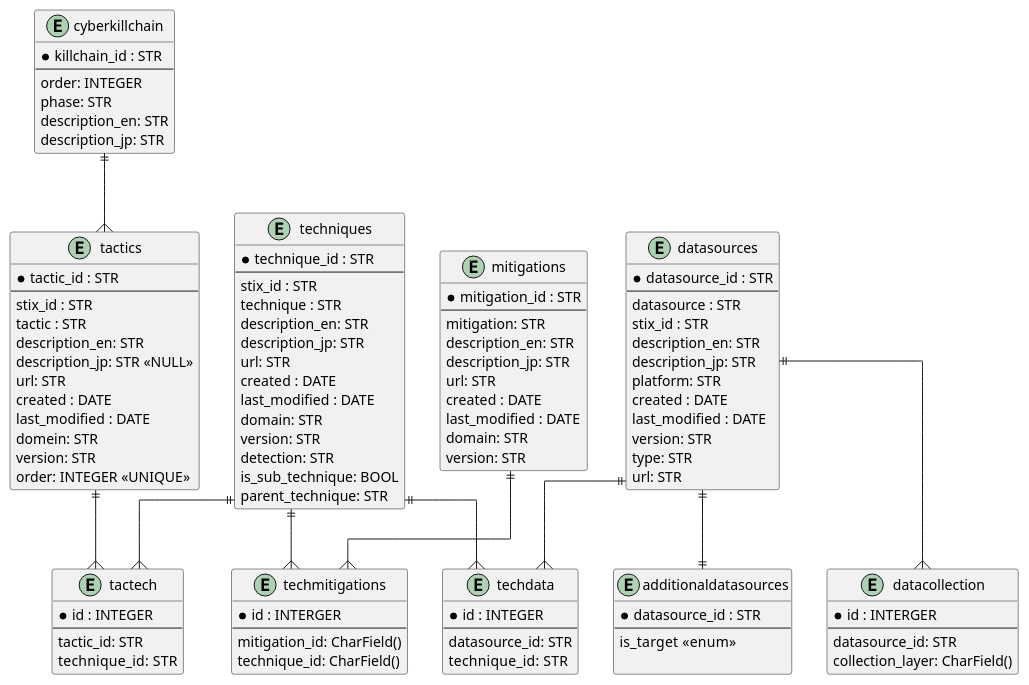
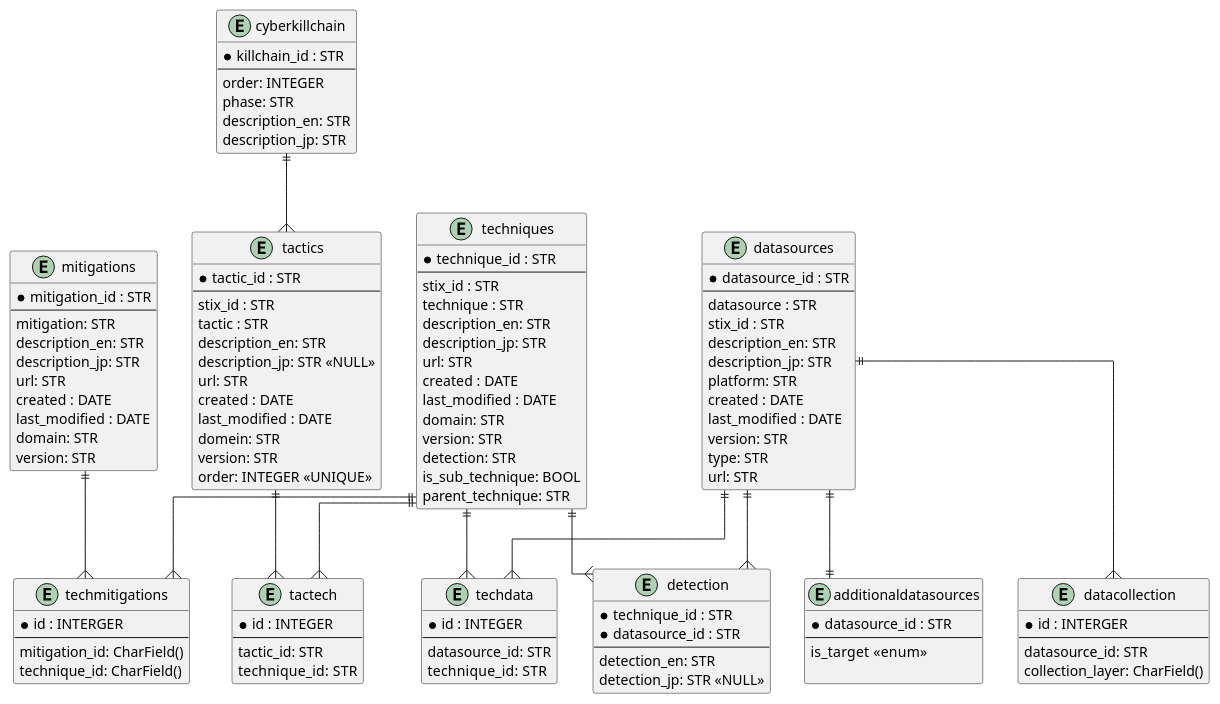
One commit to RyuichiHashimoto/attack-db changed the diagram in uml/ER.puml. Above: the diagram before and after it, drawn with PlantUML. The commit also changed 2 other files, not shown here.

```diff
--- a/uml/ER.puml
+++ b/uml/ER.puml
@@ -1,130 +1,141 @@
 @startuml
 skinparam linetype ortho
 
 entity tactics {
   * tactic_id : STR
   ---
   stix_id : STR
   tactic : STR
   description_en: STR
   description_jp: STR <<NULL>>
   url: STR
   created : DATE 
   last_modified : DATE
   domein: STR 
   version: STR
   order: INTEGER <<UNIQUE>>
 }
 
 
 entity tactech {
   * id : INTEGER
   ---
   tactic_id: STR
   technique_id:  STR
 }
 
 entity techniques {
   * technique_id : STR
   ---
   stix_id : STR
   technique : STR
   description_en: STR
   description_jp: STR
   url: STR
   created : DATE
   last_modified : DATE
   domain: STR
   version: STR
   detection: STR
   is_sub_technique: BOOL
   parent_technique: STR
 }
 
 entity techdata {
   * id : INTEGER
   ---
   datasource_id: STR
   technique_id:  STR
 }
 
 entity datasources {
   * datasource_id : STR
   ---
   datasource : STR
   stix_id : STR
   description_en: STR
   description_jp: STR
   platform: STR
   created : DATE
   last_modified : DATE
   version: STR
   type: STR
   url: STR
 }
 
 entity additionaldatasources {
   * datasource_id : STR
   ---
   ' # 0 使用しない、１　使用するかも　２　使用する。
   is_target  <<enum>> 
   
 }
 
 entity cyberkillchain {
   * killchain_id : STR
   ---
   order: INTEGER
   phase: STR
   description_en: STR
   description_jp: STR
 }
 
 
 entity mitigations {
   * mitigation_id : STR
   ---
   mitigation: STR
   description_en: STR
   description_jp: STR
   url: STR
   created : DATE
   last_modified : DATE
   domain: STR
   version: STR
 }
 
 entity datacollection{
   * id : INTERGER
   ---
   datasource_id: STR
   collection_layer: CharField()
 }
 
 entity techmitigations{
   * id : INTERGER
   ---
   mitigation_id: CharField()
   technique_id: CharField()
 }
 
+entity detection{
+  * technique_id : STR
+  * datasource_id : STR
+  ---
+  detection_en: STR
+  detection_jp: STR <<NULL>>
+}
+
+
 
 tactics ||--{ tactech
 
 techniques ||--{ tactech
 techniques ||--{ techdata
 datasources ||--{ techdata
 
 datasources ||--{ datacollection
 datasources ||--|| additionaldatasources
 
 techniques ||--{ techmitigations
 mitigations ||--{ techmitigations
 
+techniques ||--{ detection
+datasources ||--{ detection
 
 
 cyberkillchain ||--{ tactics
 
 ' techniques || 
 
 @enduml
```
